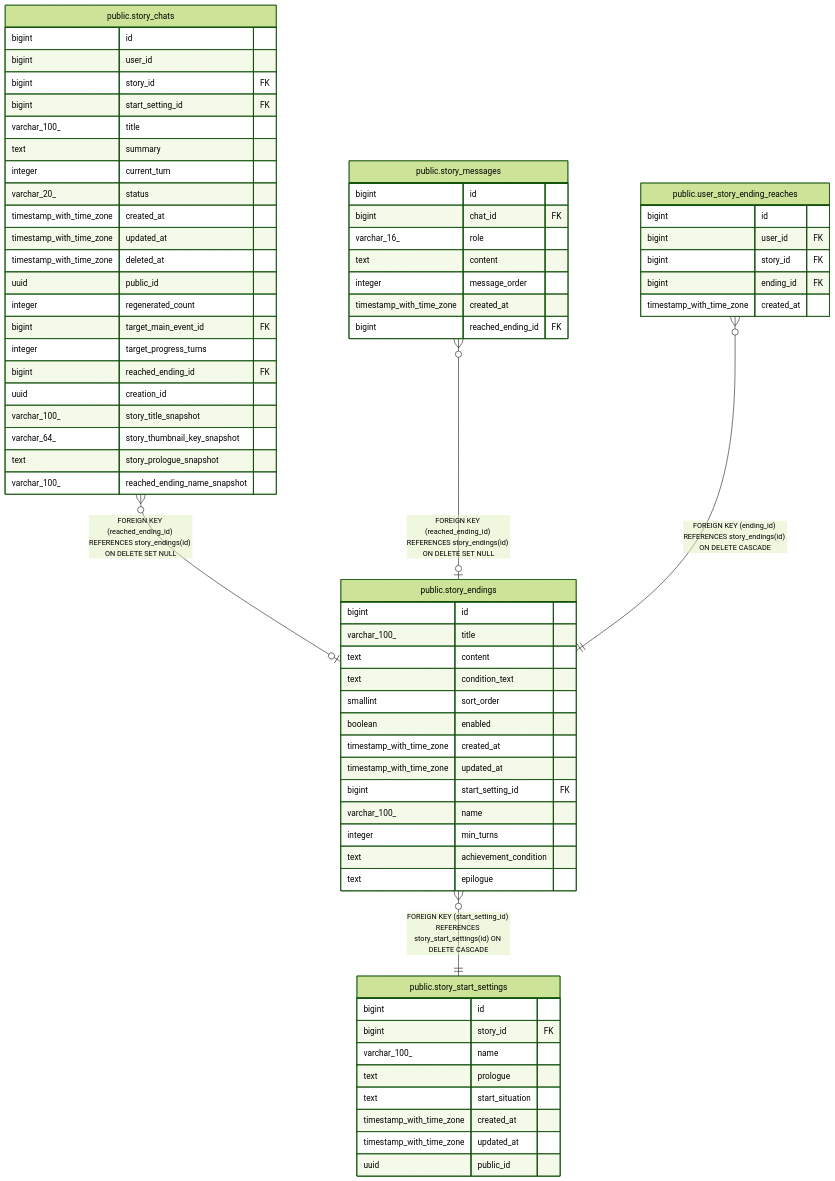
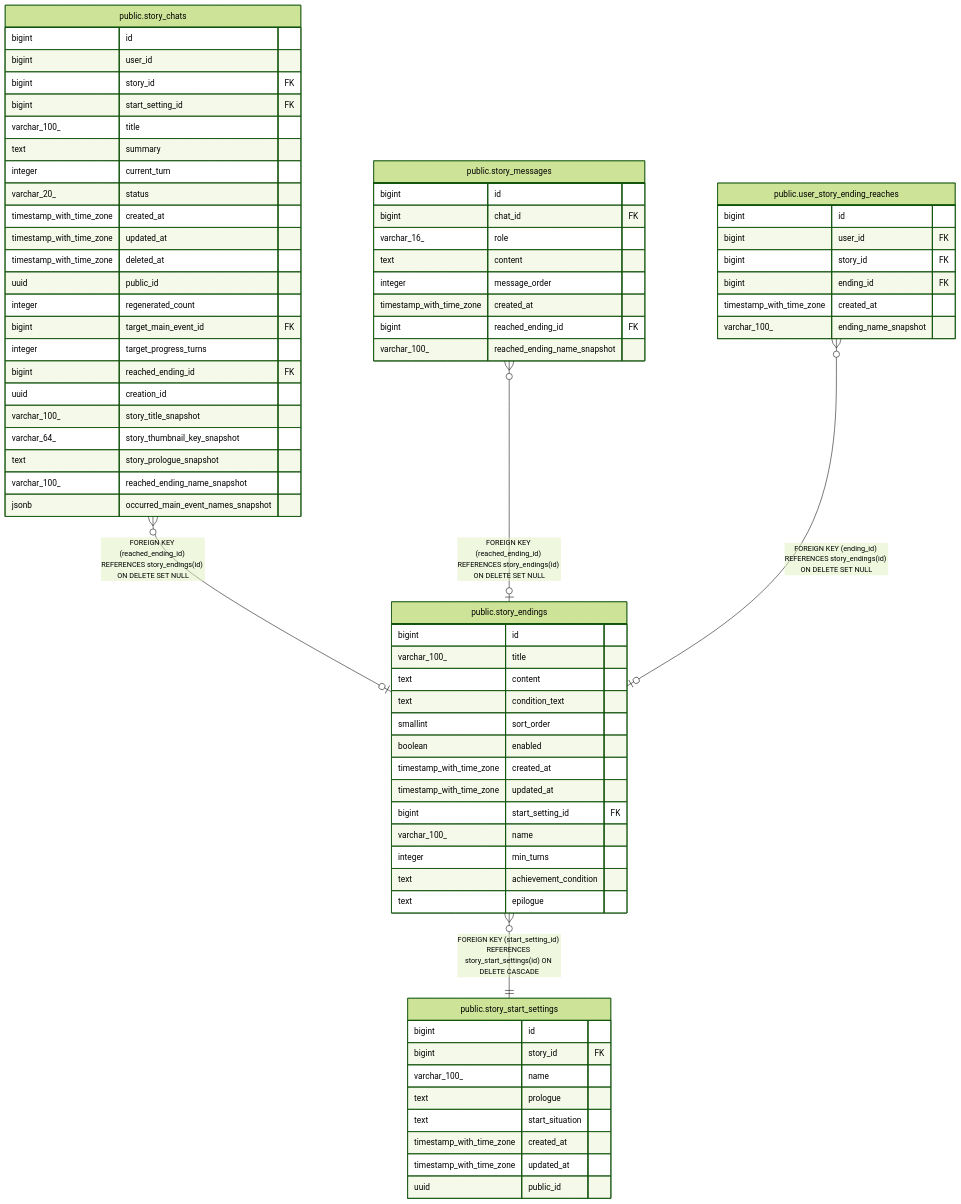
The diagram in dbdoc/public.story_endings.md (KIM-N-KANG/manyak-server), drawn with Mermaid (forest theme) before and after one commit. The commit also changed 47 other files, not shown here.

````diff
--- a/dbdoc/public.story_endings.md
+++ b/dbdoc/public.story_endings.md
@@ -41,73 +41,76 @@
 ```mermaid
 erDiagram
 
 "public.story_chats" }o--o| "public.story_endings" : "FOREIGN KEY (reached_ending_id) REFERENCES story_endings(id) ON DELETE SET NULL"
 "public.story_messages" }o--o| "public.story_endings" : "FOREIGN KEY (reached_ending_id) REFERENCES story_endings(id) ON DELETE SET NULL"
-"public.user_story_ending_reaches" }o--|| "public.story_endings" : "FOREIGN KEY (ending_id) REFERENCES story_endings(id) ON DELETE CASCADE"
+"public.user_story_ending_reaches" }o--o| "public.story_endings" : "FOREIGN KEY (ending_id) REFERENCES story_endings(id) ON DELETE SET NULL"
 "public.story_endings" }o--|| "public.story_start_settings" : "FOREIGN KEY (start_setting_id) REFERENCES story_start_settings(id) ON DELETE CASCADE"
 
 "public.story_endings" {
   bigint id
   varchar_100_ title
   text content
   text condition_text
   smallint sort_order
   boolean enabled
   timestamp_with_time_zone created_at
   timestamp_with_time_zone updated_at
   bigint start_setting_id FK
   varchar_100_ name
   integer min_turns
   text achievement_condition
   text epilogue
 }
 "public.story_chats" {
   bigint id
   bigint user_id
   bigint story_id FK
   bigint start_setting_id FK
   varchar_100_ title
   text summary
   integer current_turn
   varchar_20_ status
   timestamp_with_time_zone created_at
   timestamp_with_time_zone updated_at
   timestamp_with_time_zone deleted_at
   uuid public_id
   integer regenerated_count
   bigint target_main_event_id FK
   integer target_progress_turns
   bigint reached_ending_id FK
   uuid creation_id
   varchar_100_ story_title_snapshot
   varchar_64_ story_thumbnail_key_snapshot
   text story_prologue_snapshot
   varchar_100_ reached_ending_name_snapshot
+  jsonb occurred_main_event_names_snapshot
 }
 "public.story_messages" {
   bigint id
   bigint chat_id FK
   varchar_16_ role
   text content
   integer message_order
   timestamp_with_time_zone created_at
   bigint reached_ending_id FK
+  varchar_100_ reached_ending_name_snapshot
 }
 "public.user_story_ending_reaches" {
   bigint id
   bigint user_id FK
   bigint story_id FK
   bigint ending_id FK
   timestamp_with_time_zone created_at
+  varchar_100_ ending_name_snapshot
 }
 "public.story_start_settings" {
   bigint id
   bigint story_id FK
   varchar_100_ name
   text prologue
   text start_situation
   timestamp_with_time_zone created_at
   timestamp_with_time_zone updated_at
   uuid public_id
 }
 ```
````
